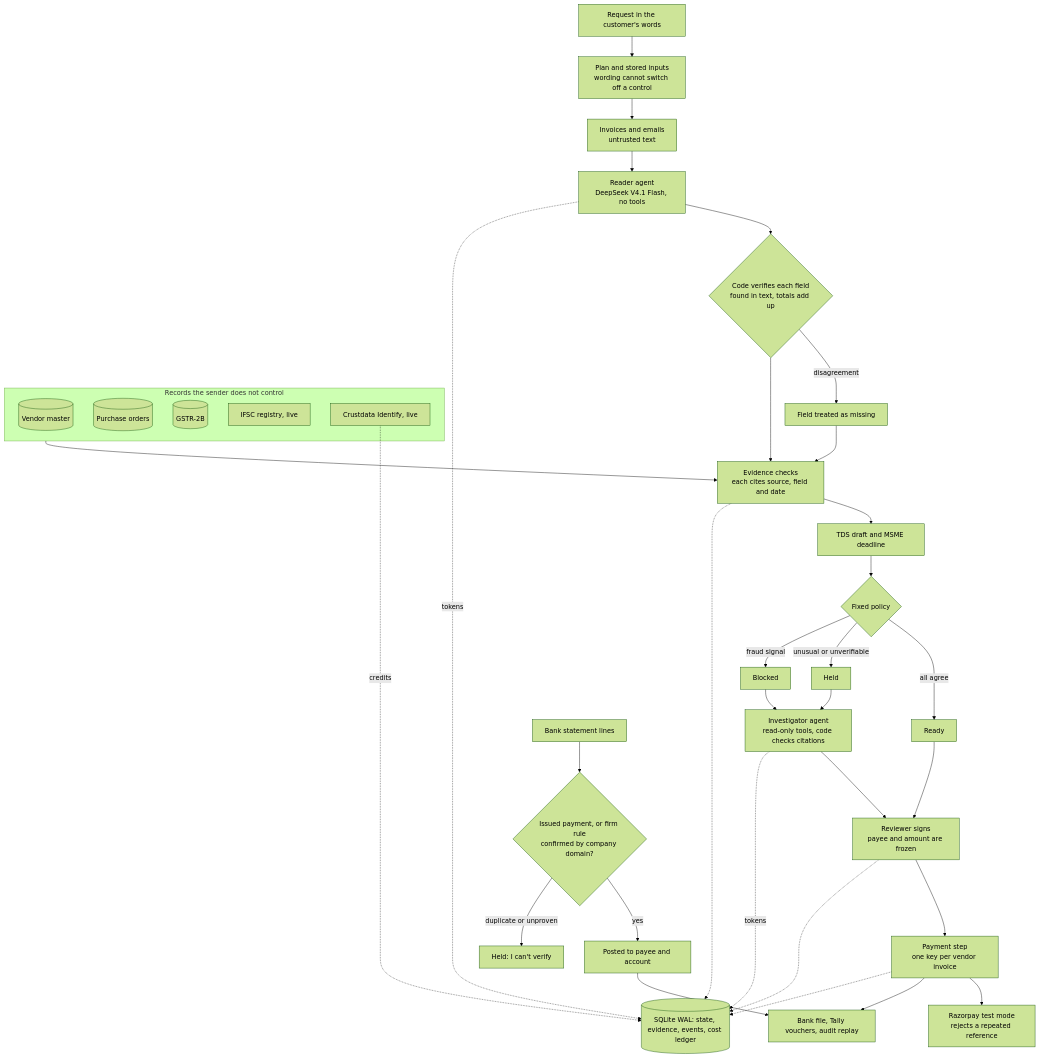
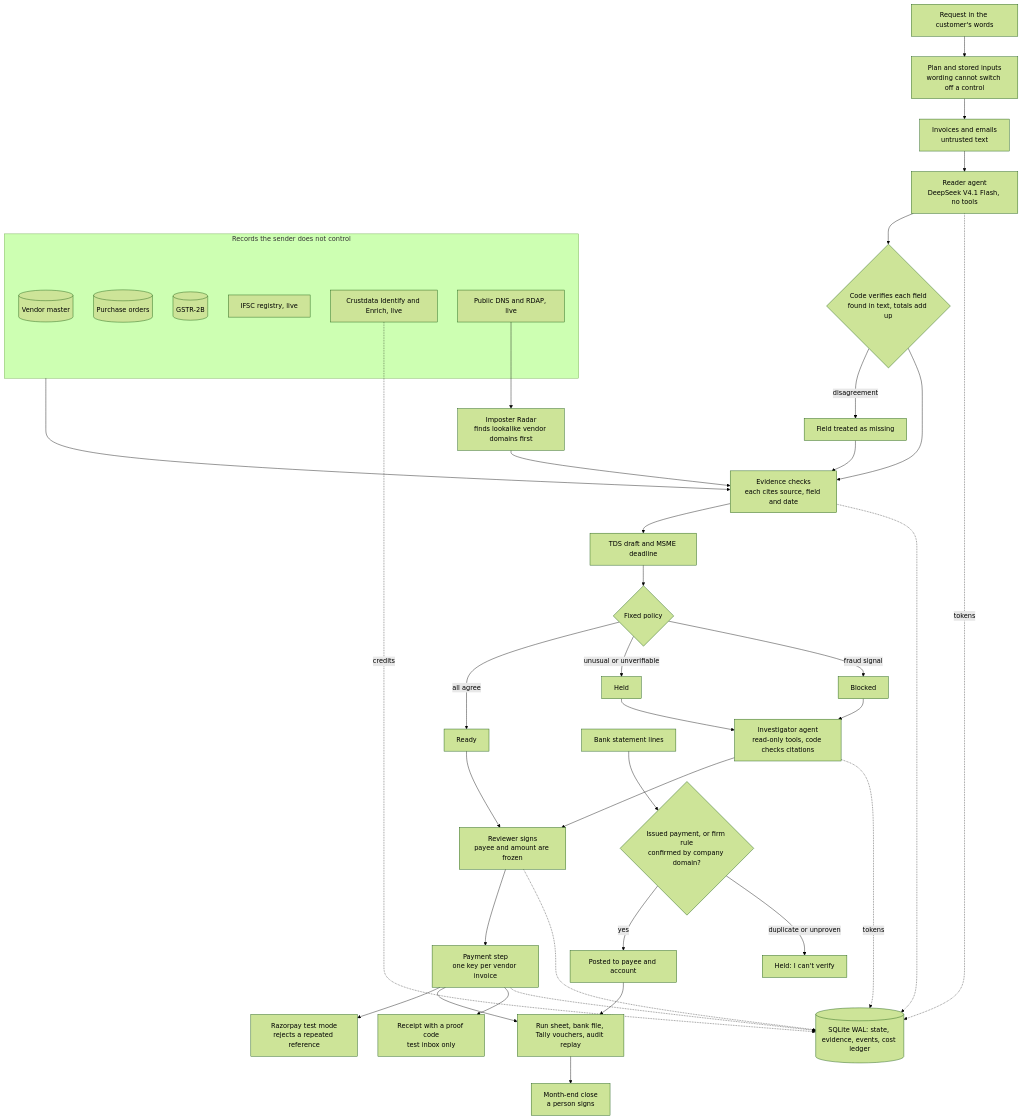
One commit to neofytr/chukta changed the diagram in docs/architecture.md. Above: the diagram before and after it, drawn with Mermaid (forest theme). The commit also changed 6 other files, not shown here.

````diff
--- a/docs/architecture.md
+++ b/docs/architecture.md
@@ -5,43 +5,48 @@
 ```mermaid
 flowchart TB
   ASK["Request in the customer's words"] --> PLAN["Plan and stored inputs<br/>wording cannot switch off a control"]
   PLAN --> IN["Invoices and emails<br/>untrusted text"]
   IN --> READ["Reader agent<br/>DeepSeek V4.1 Flash, no tools"]
   READ --> VERIFY{"Code verifies each field<br/>found in text, totals add up"}
   VERIFY -->|"disagreement"| MISSING["Field treated as missing"]
   VERIFY --> CHECKS
   MISSING --> CHECKS
 
   subgraph REC["Records the sender does not control"]
     VM[("Vendor master")]
     PO[("Purchase orders")]
     B2B[("GSTR-2B")]
     IFSC["IFSC registry, live"]
-    CD["Crustdata Identify, live"]
+    CD["Crustdata Identify and Enrich, live"]
+    DNS["Public DNS and RDAP, live"]
   end
+  DNS --> RADAR["Imposter Radar<br/>finds lookalike vendor domains first"]
+  RADAR --> CHECKS
   REC --> CHECKS["Evidence checks<br/>each cites source, field and date"]
   CHECKS --> TAX["TDS draft and MSME deadline"]
   TAX --> GATE{"Fixed policy"}
   GATE -->|"all agree"| READY["Ready"]
   GATE -->|"unusual or unverifiable"| HELD["Held"]
   GATE -->|"fraud signal"| BLOCKED["Blocked"]
   HELD --> INV["Investigator agent<br/>read-only tools, code checks citations"]
   BLOCKED --> INV
   INV --> PERSON
   READY --> PERSON["Reviewer signs<br/>payee and amount are frozen"]
   PERSON --> PAY["Payment step<br/>one key per vendor invoice"]
   PAY --> RZP["Razorpay test mode<br/>rejects a repeated reference"]
-  PAY --> OUT["Bank file, Tally vouchers, audit replay"]
+  PAY --> OUT["Run sheet, bank file, Tally vouchers, audit replay"]
+  PAY --> RCPT["Receipt with a proof code<br/>test inbox only"]
+  OUT --> CLOSE["Month-end close<br/>a person signs"]
   STMT["Bank statement lines"] --> POST{"Issued payment, or firm rule<br/>confirmed by company domain?"}
   POST -->|"yes"| BOOK["Posted to payee and account"]
   POST -->|"duplicate or unproven"| HOLDL["Held: I can't verify"]
   BOOK --> OUT
 
   DB[("SQLite WAL: state, evidence, events, cost ledger")]
   CHECKS -.-> DB
   PERSON -.-> DB
   PAY -.-> DB
   CD -.->|"credits"| DB
   READ -.->|"tokens"| DB
   INV -.->|"tokens"| DB
 ```
````
